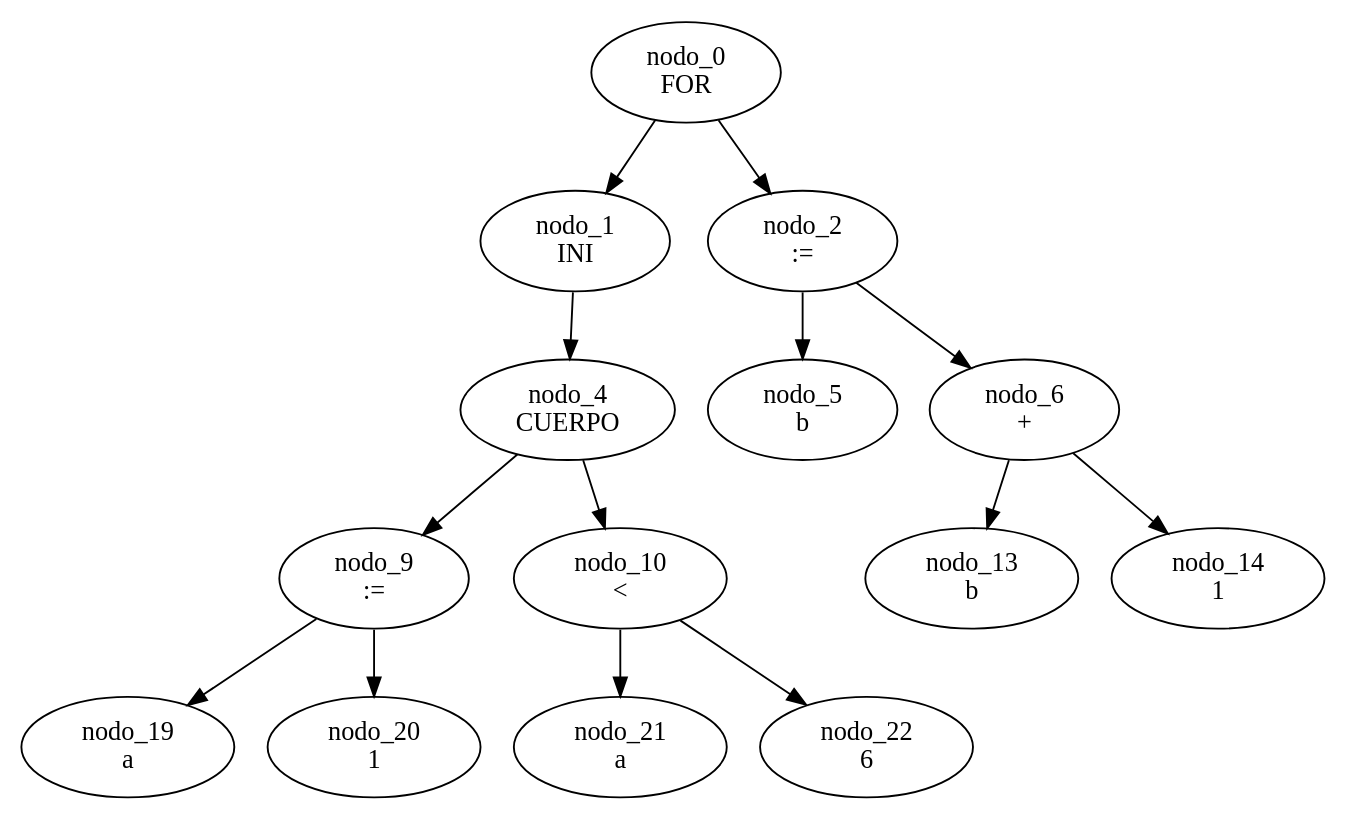
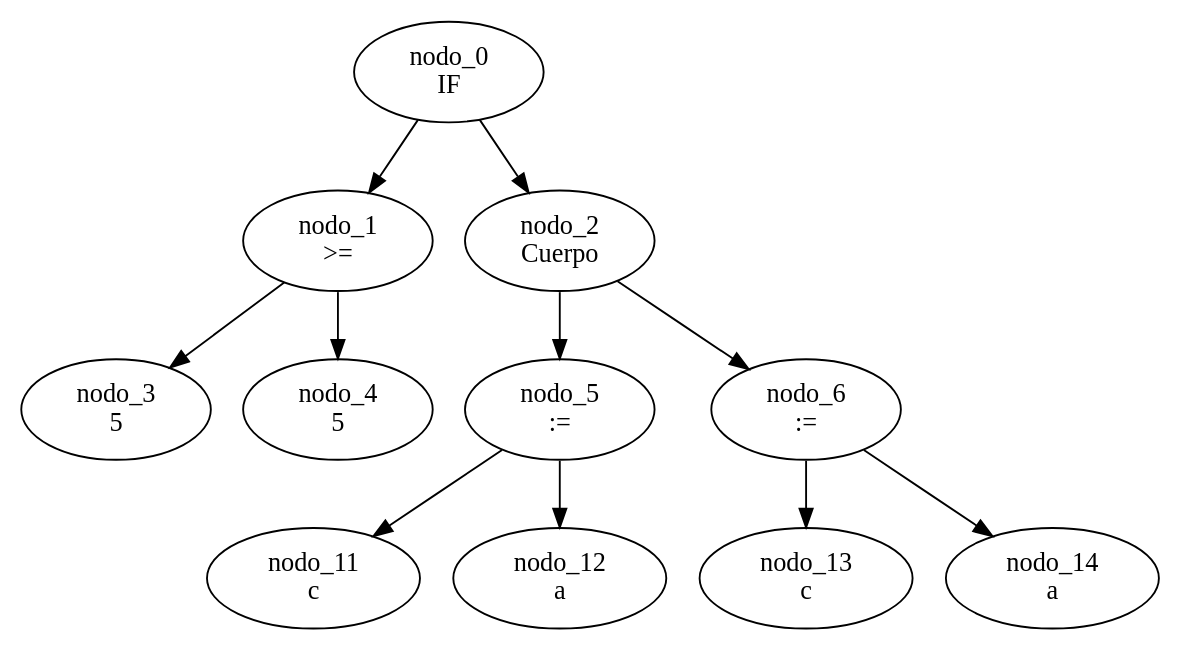
Before and after one commit to FacuBouza/TP_LyC_Grupo07: the diagram in Codigo/gragh.dot, drawn with Graphviz. The commit also changed 7 other files, not shown here.

```diff
--- a/Codigo/gragh.dot
+++ b/Codigo/gragh.dot
@@ -1,15 +1,12 @@
 digraph G {
-	"nodo_0 \nFOR" -> "nodo_1 \nINI"
-	"nodo_0 \nFOR" -> "nodo_2 \n:="
-	"nodo_1 \nINI" -> "nodo_4 \nCUERPO"
-	"nodo_4 \nCUERPO" -> "nodo_9 \n:="
-	"nodo_4 \nCUERPO" -> "nodo_10 \n<"
-	"nodo_9 \n:=" -> "nodo_19 \na"
-	"nodo_9 \n:=" -> "nodo_20 \n1"
-	"nodo_10 \n<" -> "nodo_21 \na"
-	"nodo_10 \n<" -> "nodo_22 \n6"
-	"nodo_2 \n:=" -> "nodo_5 \nb"
-	"nodo_2 \n:=" -> "nodo_6 \n+"
-	"nodo_6 \n+" -> "nodo_13 \nb"
-	"nodo_6 \n+" -> "nodo_14 \n1"
+	"nodo_0 \nIF" -> "nodo_1 \n>="
+	"nodo_0 \nIF" -> "nodo_2 \nCuerpo"
+	"nodo_1 \n>=" -> "nodo_3 \n5"
+	"nodo_1 \n>=" -> "nodo_4 \n5"
+	"nodo_2 \nCuerpo" -> "nodo_5 \n:="
+	"nodo_2 \nCuerpo" -> "nodo_6 \n:="
+	"nodo_5 \n:=" -> "nodo_11 \nc"
+	"nodo_5 \n:=" -> "nodo_12 \na"
+	"nodo_6 \n:=" -> "nodo_13 \nc"
+	"nodo_6 \n:=" -> "nodo_14 \na"
 }
```
